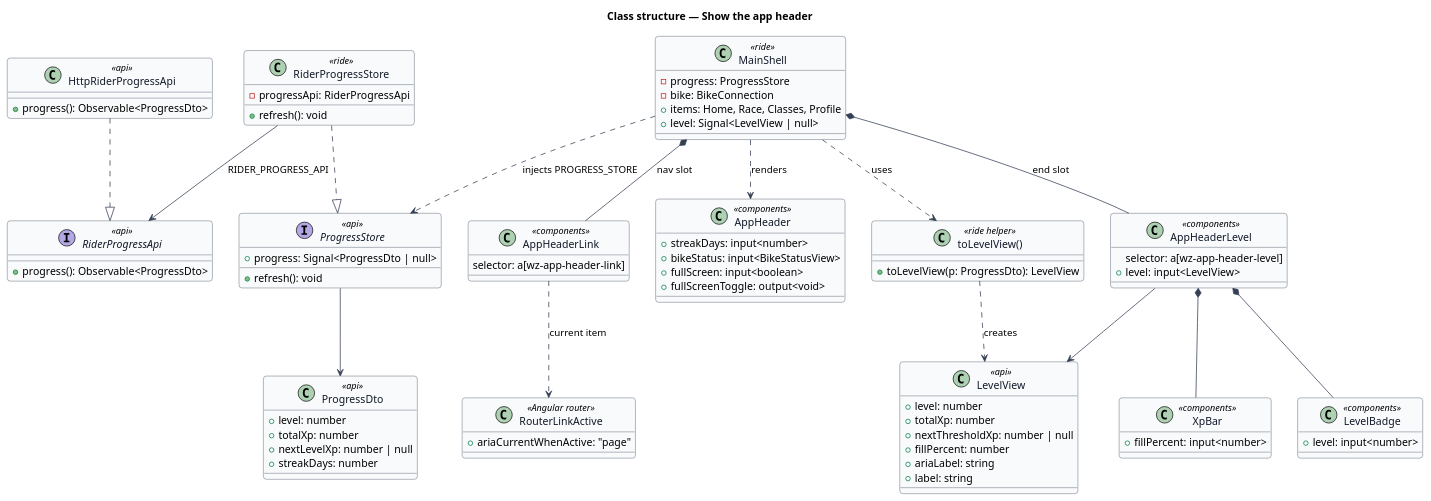
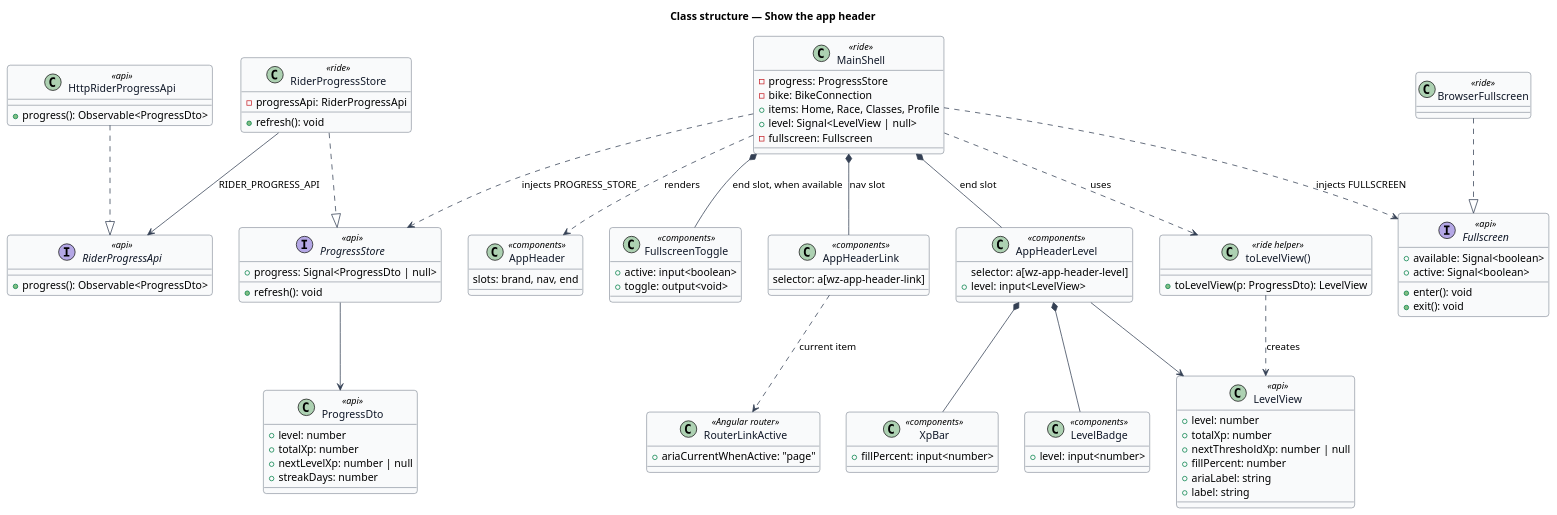
One commit to QuinntyneBrown/ride-one changed the diagram in docs/detailed-designs/home/show-the-app-header/diagrams/class-structure.puml. Above: the diagram before and after it, drawn with PlantUML. The commit also changed 5 other files, not shown here.

First line of the commit message:
Bring Full screen into the app header's design (slice 13.1)

```diff
--- a/docs/detailed-designs/home/show-the-app-header/diagrams/class-structure.puml
+++ b/docs/detailed-designs/home/show-the-app-header/diagrams/class-structure.puml
@@ -1,88 +1,100 @@
 @startuml
 ' --- shared skin header ---
 skinparam backgroundColor #FFFFFF
 skinparam shadowing false
 skinparam roundcorner 8
 skinparam defaultFontName Arial
 skinparam ArrowColor #344054
 skinparam class {
   BorderColor #344054
   FontColor #101828
   BackgroundColor #F9FAFB
 }
 ' --------------------------
 title Class structure — Show the app header
 class MainShell <<ride>> {
   -progress: ProgressStore
   -bike: BikeConnection
   +items: Home, Race, Classes, Profile
   +level: Signal<LevelView | null>
+  -fullscreen: Fullscreen
 }
 interface ProgressStore <<api>> {
   +progress: Signal<ProgressDto | null>
   +refresh(): void
 }
 class RiderProgressStore <<ride>> {
   -progressApi: RiderProgressApi
   +refresh(): void
 }
 interface RiderProgressApi <<api>> {
   +progress(): Observable<ProgressDto>
 }
 class HttpRiderProgressApi <<api>> {
   +progress(): Observable<ProgressDto>
 }
 class AppHeaderLink <<components>> {
   selector: a[wz-app-header-link]
 }
 class AppHeaderLevel <<components>> {
   selector: a[wz-app-header-level]
   +level: input<LevelView>
 }
 class RouterLinkActive <<Angular router>> {
   +ariaCurrentWhenActive: "page"
 }
 class AppHeader <<components>> {
-  +streakDays: input<number>
-  +bikeStatus: input<BikeStatusView>
-  +fullScreen: input<boolean>
-  +fullScreenToggle: output<void>
+  slots: brand, nav, end
 }
+class FullscreenToggle <<components>> {
+  +active: input<boolean>
+  +toggle: output<void>
+}
+interface Fullscreen <<api>> {
+  +available: Signal<boolean>
+  +active: Signal<boolean>
+  +enter(): void
+  +exit(): void
+}
+class BrowserFullscreen <<ride>>
 class LevelView <<api>> {
   +level: number
   +totalXp: number
   +nextThresholdXp: number | null
   +fillPercent: number
   +ariaLabel: string
   +label: string
 }
 class ProgressDto <<api>> {
   +level: number
   +totalXp: number
   +nextLevelXp: number | null
   +streakDays: number
 }
 class LevelBadge <<components>> {
   +level: input<number>
 }
 class XpBar <<components>> {
   +fillPercent: input<number>
 }
 class "toLevelView()" as toLevelView <<ride helper>> {
   +toLevelView(p: ProgressDto): LevelView
 }
 MainShell ..> ProgressStore : injects PROGRESS_STORE
 MainShell ..> AppHeader : renders
 MainShell ..> toLevelView : uses
 RiderProgressStore ..|> ProgressStore
 HttpRiderProgressApi ..|> RiderProgressApi
 RiderProgressStore --> RiderProgressApi : RIDER_PROGRESS_API
 ProgressStore --> ProgressDto
 MainShell *-- AppHeaderLink : nav slot
 MainShell *-- AppHeaderLevel : end slot
+MainShell *-- FullscreenToggle : end slot, when available
+MainShell ..> Fullscreen : injects FULLSCREEN
+BrowserFullscreen ..|> Fullscreen
 AppHeaderLink ..> RouterLinkActive : current item
 AppHeaderLevel *-- LevelBadge
 AppHeaderLevel *-- XpBar
 AppHeaderLevel --> LevelView
 toLevelView ..> LevelView : creates
 @enduml
```
